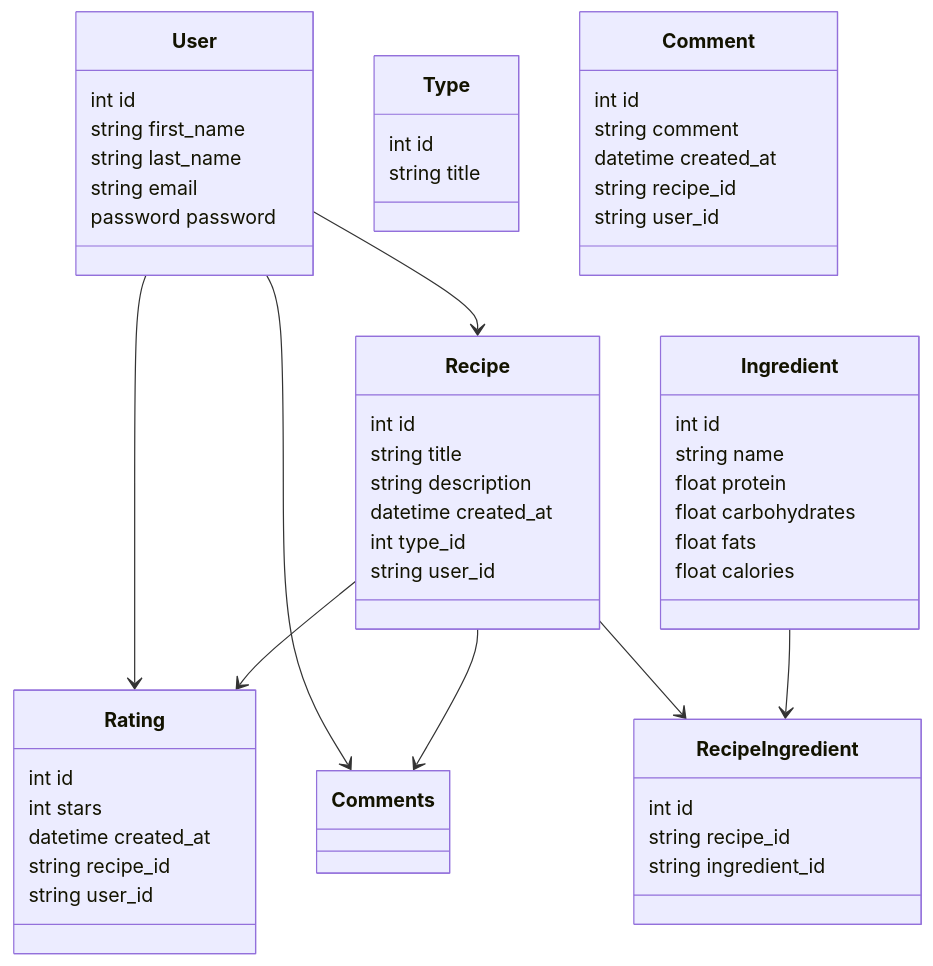
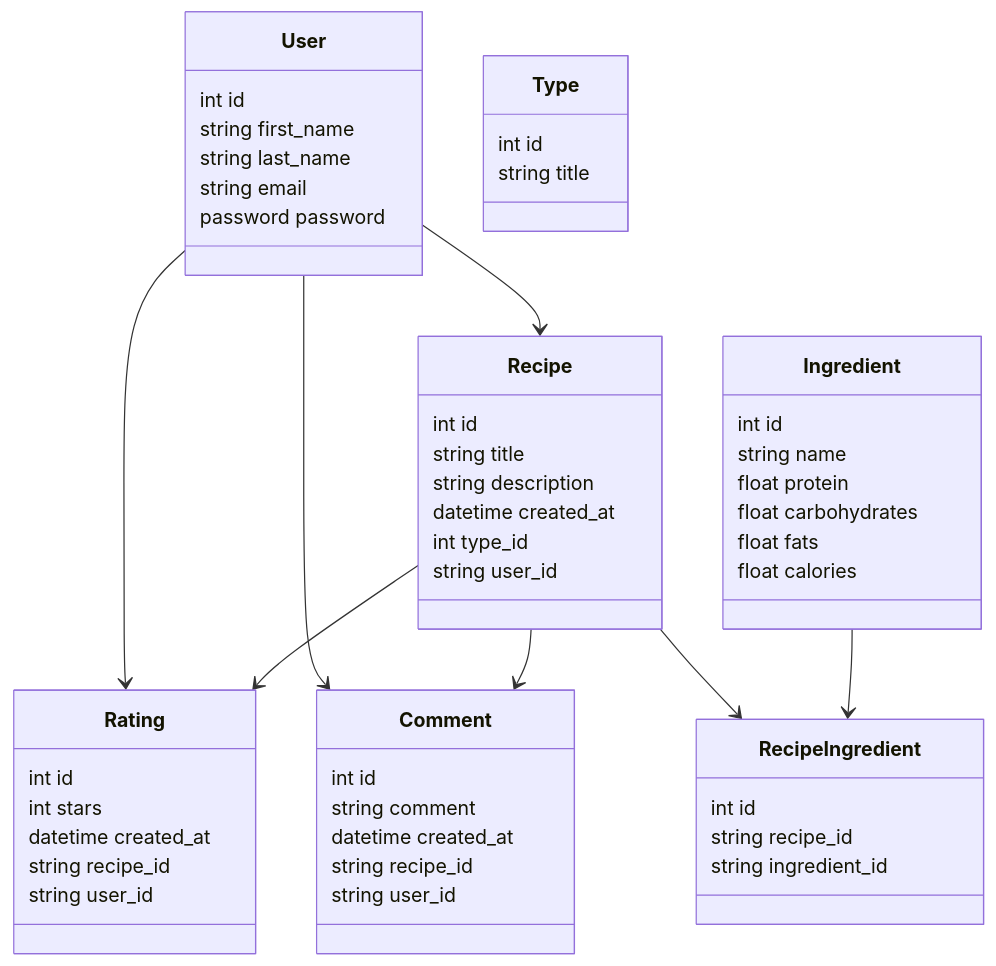
One commit to gualbertocuiza/dieting changed the second of 2 diagrams in README.md. Above: the diagram before and after it, drawn with Mermaid.

````diff
--- a/README.md
+++ b/README.md
@@ -43,54 +43,54 @@
 ```mermaid
 classDiagram
     User --> Recipe
     User --> Rating
-    User --> Comments
+    User --> Comment
     Recipe --> Rating
-    Recipe --> Comments
+    Recipe --> Comment
     Recipe --> RecipeIngredient
     Ingredient --> RecipeIngredient
     User : int id
     User : string first_name
     User : string last_name
     User : string email
     User : password password
     class Type{
       int id
       string title
     }
     class Recipe{
       int id
       string title
       string description
       datetime created_at
       int type_id
       string user_id
     }
     class Rating{
       int id
       int stars
       datetime created_at
       string recipe_id
       string user_id
     }
     class Comment{
       int id
       string comment
       datetime created_at
       string recipe_id
       string user_id
     }
     class Ingredient{
         int id
         string name
         float protein
         float carbohydrates
         float fats
         float calories
     }
     class RecipeIngredient{
         int id
         string recipe_id
         string ingredient_id
     }
 ```
````
